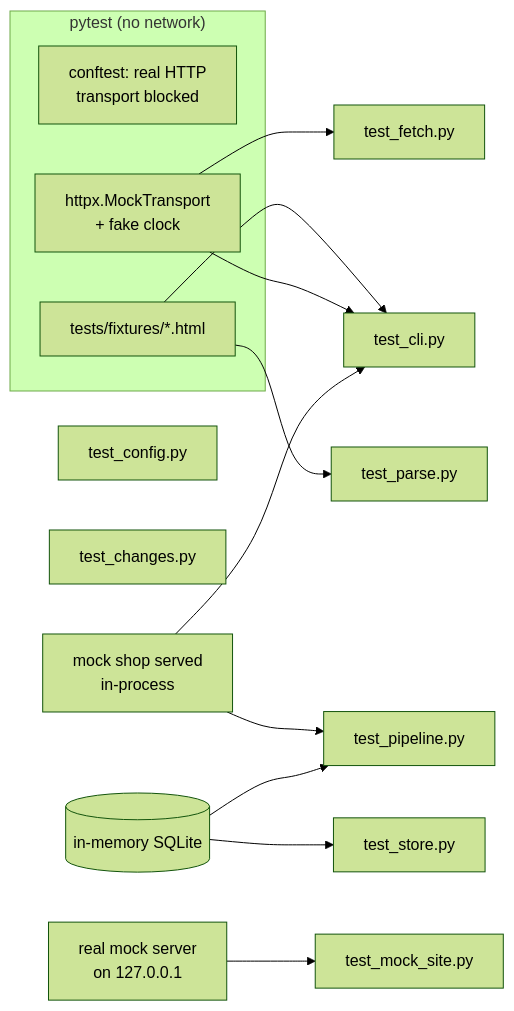
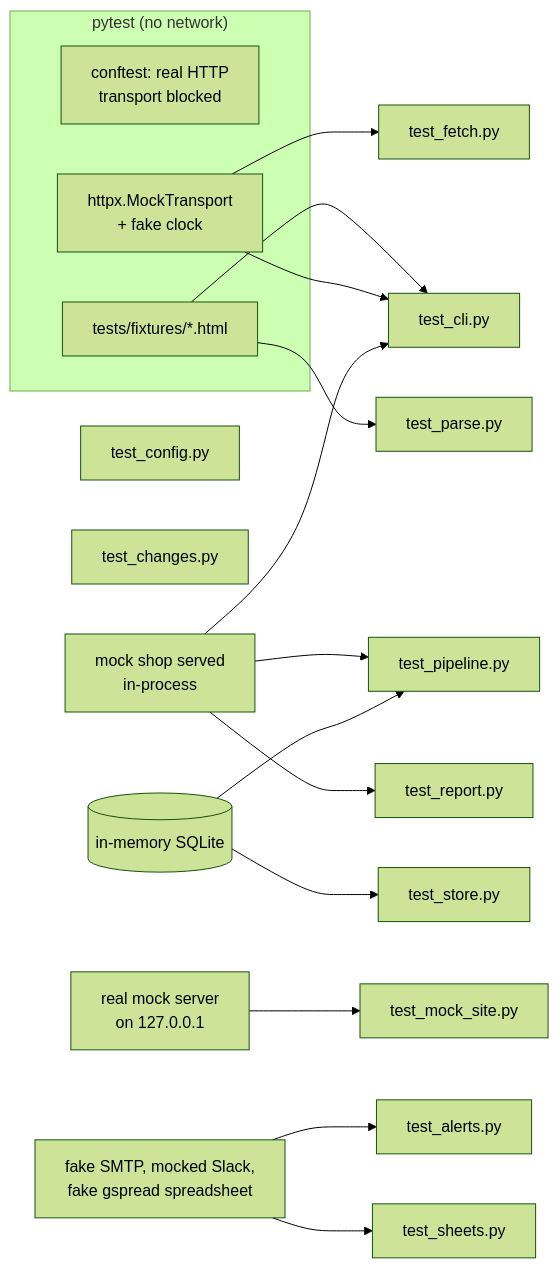
Before and after one commit to yahani/kestrel: the tenth of 10 diagrams in ARCHITECTURE.md, drawn with Mermaid (forest theme). The commit also changed other lines of this file and 2 other files, not shown here.

Commit message:
Update ARCHITECTURE.md, README and PROGRESS.md for end of session 4

````diff
--- a/ARCHITECTURE.md
+++ b/ARCHITECTURE.md
@@ -281,19 +353,22 @@
 ```mermaid
 flowchart LR
     subgraph tests["pytest (no network)"]
         guard["conftest: real HTTP<br/>transport blocked"]
         mock["httpx.MockTransport<br/>+ fake clock"]
         fx["tests/fixtures/*.html"]
     end
     mock --> fetchT[test_fetch.py]
     fx --> parseT[test_parse.py]
     fx --> cliT[test_cli.py]
     mock --> cliT
     shop["mock shop served<br/>in-process"] --> pipeT[test_pipeline.py]
     shop --> cliT
     mem[("in-memory SQLite")] --> storeT[test_store.py]
     mem --> pipeT
     cfgT[test_config.py]
     chT[test_changes.py]
     real["real mock server<br/>on 127.0.0.1"] --> mockT[test_mock_site.py]
+    fakes["fake SMTP, mocked Slack,<br/>fake gspread spreadsheet"] --> alertT[test_alerts.py]
+    fakes --> sheetT[test_sheets.py]
+    shop --> reportT[test_report.py]
 ```
````
